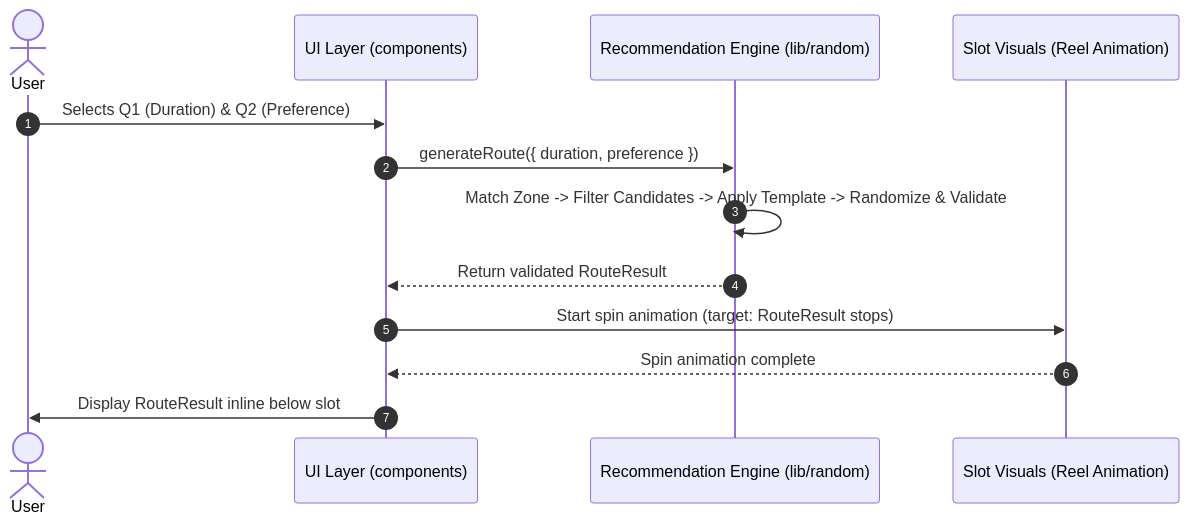
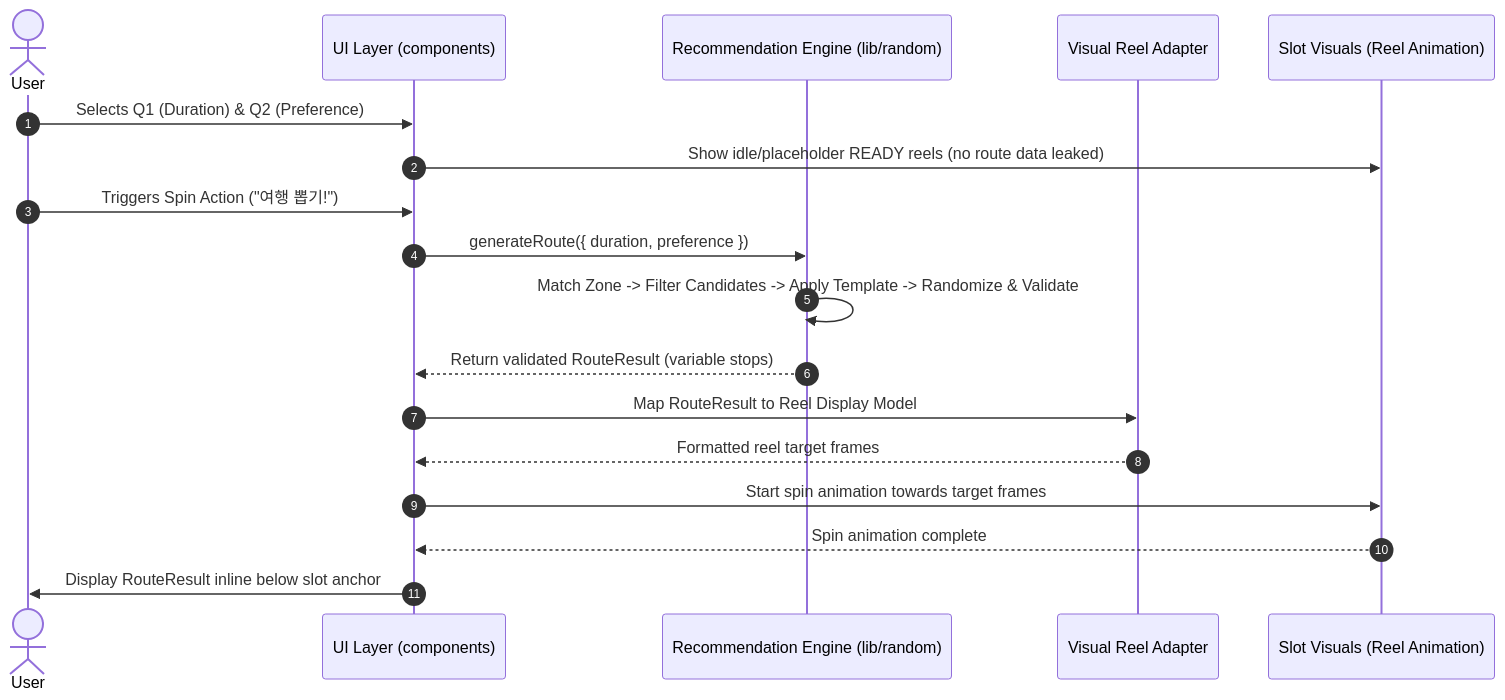
One commit to devchanz/daejeon-random-trip changed the first of 2 diagrams in docs/ARCHITECTURE.md. Above: the diagram before and after it, drawn with Mermaid. The commit also changed other lines of this file and 2 other files, not shown here.

Commit message:
docs: add visual v4 implementation contract

````diff
--- a/docs/ARCHITECTURE.md
+++ b/docs/ARCHITECTURE.md
@@ -79,16 +85,21 @@
 ```mermaid
 sequenceDiagram
     autonumber
     actor User
     participant UI as UI Layer (components)
     participant Engine as Recommendation Engine (lib/random)
+    participant Adapter as Visual Reel Adapter
     participant Reel as Slot Visuals (Reel Animation)
     
     User->>UI: Selects Q1 (Duration) & Q2 (Preference)
+    UI->>Reel: Show idle/placeholder READY reels (no route data leaked)
+    User->>UI: Triggers Spin Action ("여행 뽑기!")
     UI->>Engine: generateRoute({ duration, preference })
     Engine->>Engine: Match Zone -> Filter Candidates -> Apply Template -> Randomize & Validate
-    Engine-->>UI: Return validated RouteResult
-    UI->>Reel: Start spin animation (target: RouteResult stops)
+    Engine-->>UI: Return validated RouteResult (variable stops)
+    UI->>Adapter: Map RouteResult to Reel Display Model
+    Adapter-->>UI: Formatted reel target frames
+    UI->>Reel: Start spin animation towards target frames
     Reel-->>UI: Spin animation complete
-    UI->>User: Display RouteResult inline below slot
+    UI->>User: Display RouteResult inline below slot anchor
 ```
````
